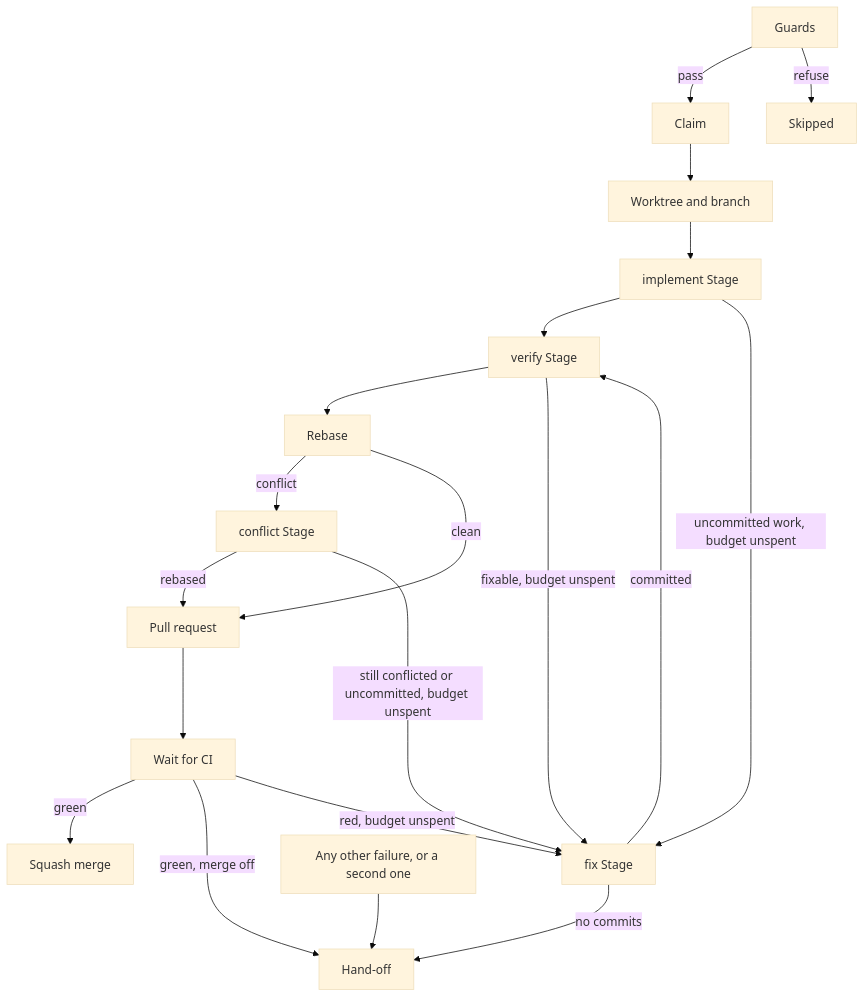
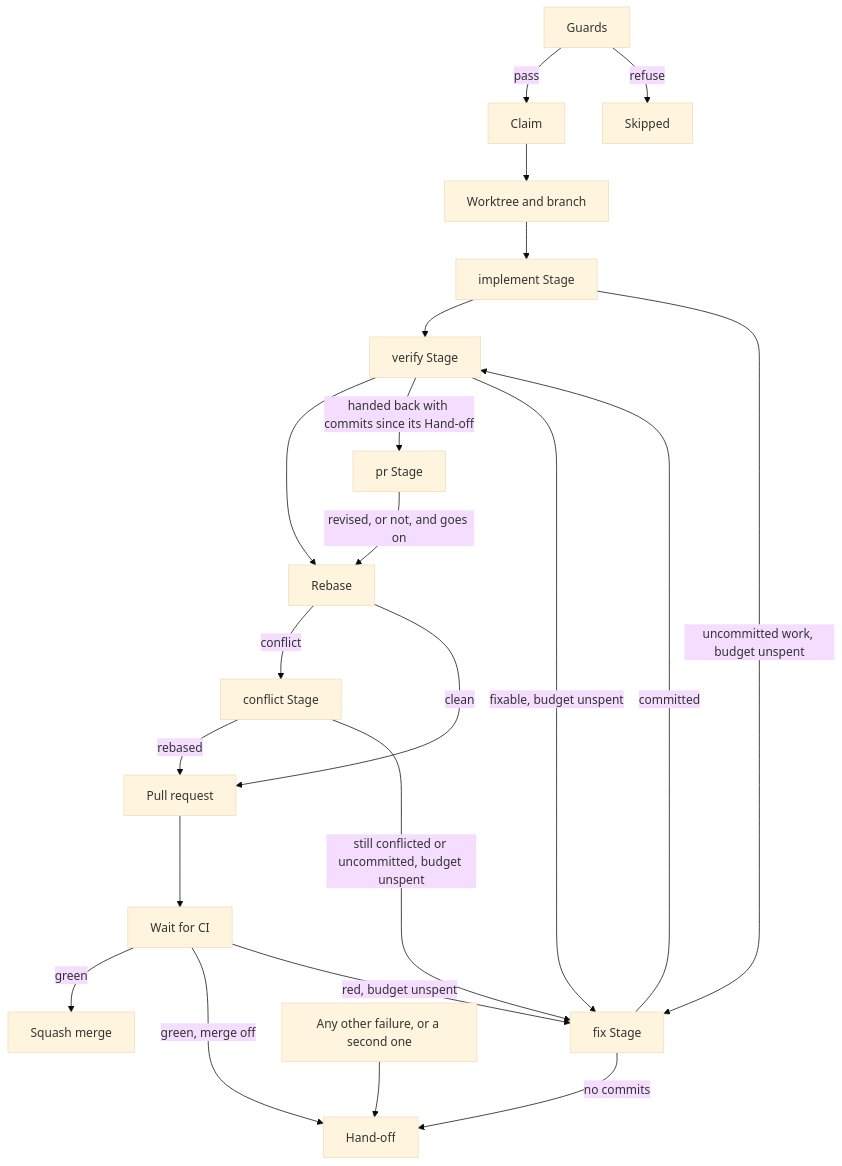
The first of 2 diagrams in wiki/en/guide/ticket-to-merge.md (jjongs2/ticket-runner), drawn with Mermaid (base theme) before and after one commit. The commit also changed other lines of this file and 38 other files, not shown here.

First line of the commit message:
feat: revise a handed-back Ticket's pull request prose in a pr Stage (#357)

````diff
--- a/wiki/en/guide/ticket-to-merge.md
+++ b/wiki/en/guide/ticket-to-merge.md
@@ -22,22 +23,24 @@
 ```mermaid
 flowchart TD
     G["Guards"] -->|pass| C["Claim"]
     G -->|refuse| S["Skipped"]
     C --> W["Worktree and branch"]
     W --> I["implement Stage"]
     I --> V["verify Stage"]
     V --> R["Rebase"]
+    V -->|"handed back with commits since its Hand-off"| PS["pr Stage"]
+    PS -->|"revised, or not, and goes on"| R
     R -->|conflict| X["conflict Stage"]
     R -->|clean| P["Pull request"]
     X -->|rebased| P
     P --> CI["Wait for CI"]
     CI -->|green| M["Squash merge"]
     CI -->|"green, merge off"| H
     I -->|"uncommitted work, budget unspent"| F["fix Stage"]
     V -->|"fixable, budget unspent"| F
     X -->|"still conflicted or uncommitted, budget unspent"| F
     CI -->|"red, budget unspent"| F
     F -->|committed| V
     F -->|no commits| H["Hand-off"]
     O["Any other failure, or a second one"] --> H
 ```
````
